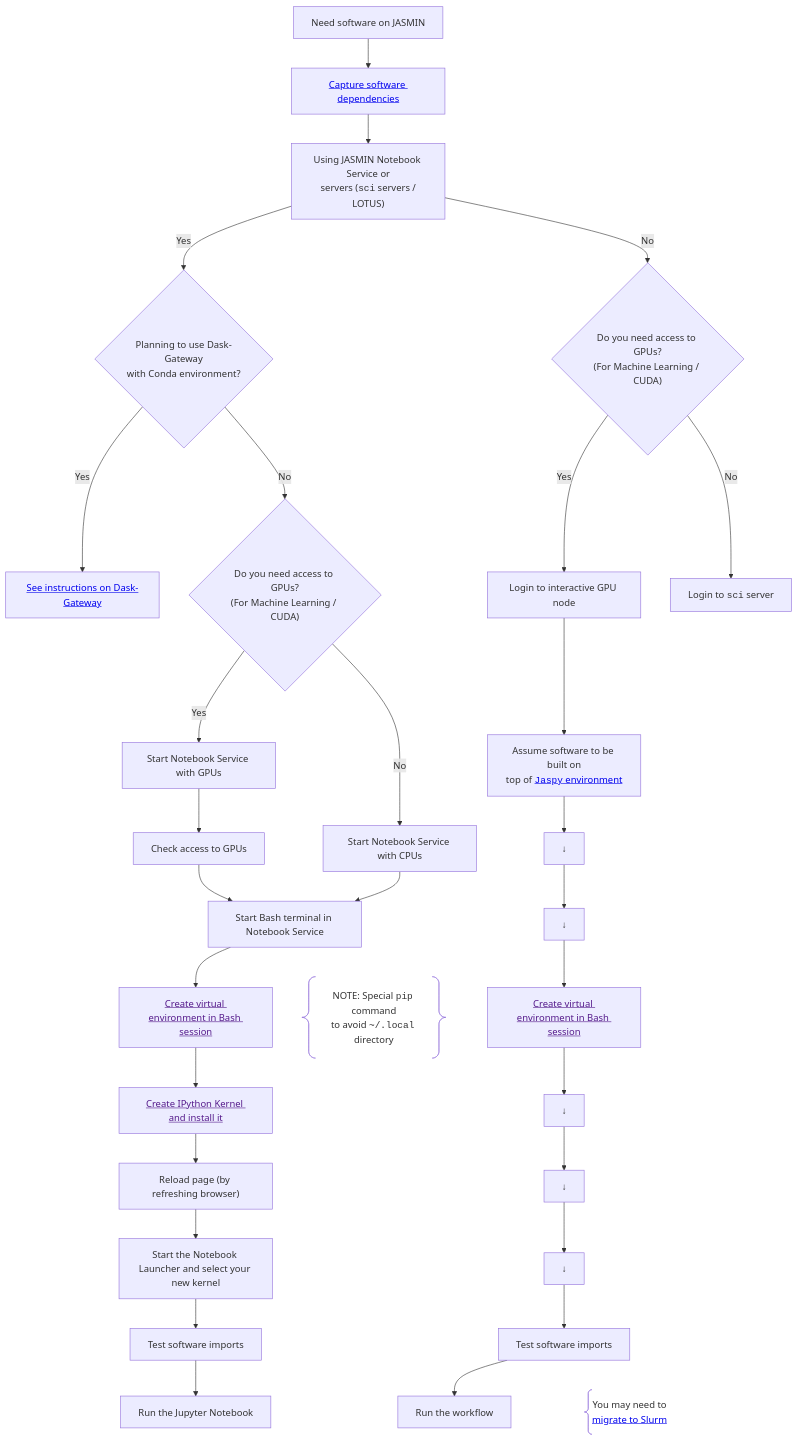
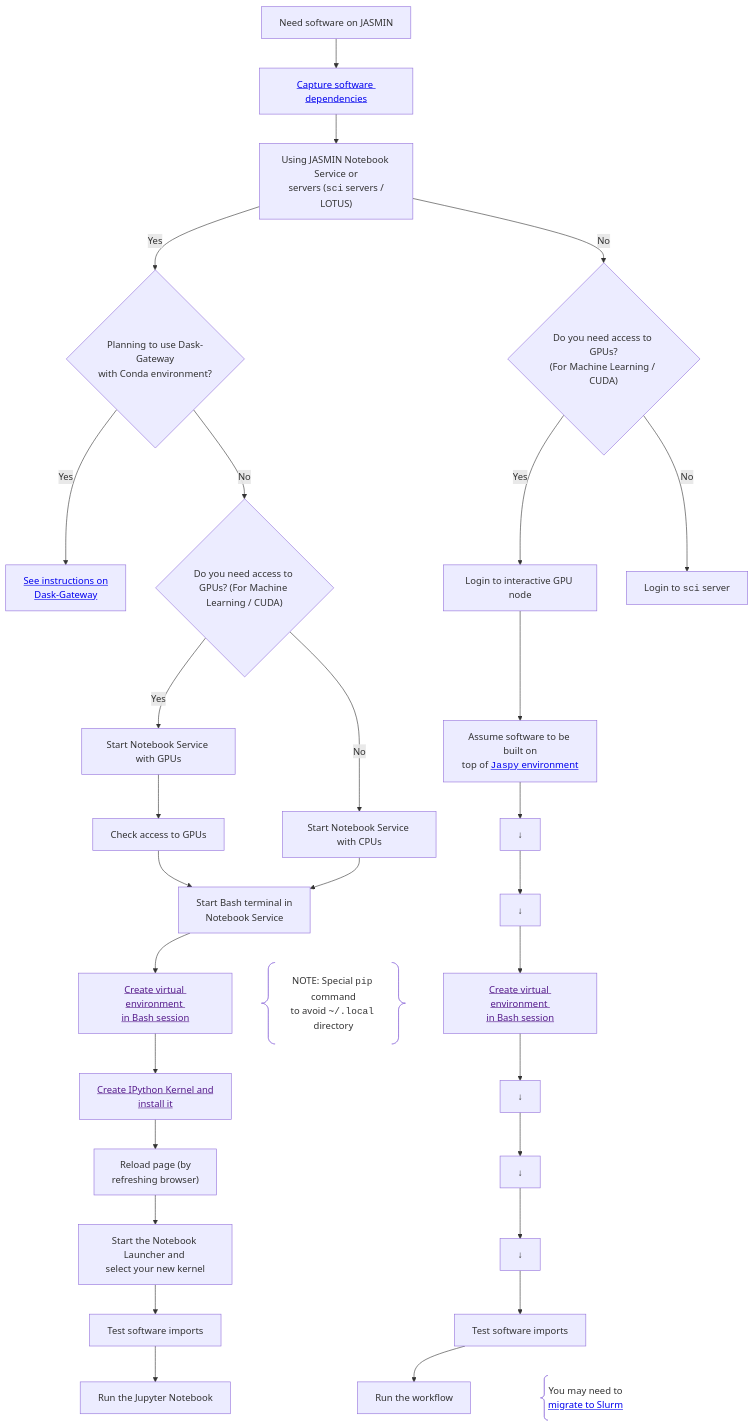
The second of 3 diagrams in README.md (agstephens/proto-jasmin-mermaid-docs), drawn with Mermaid before and after one commit.

Commit message:
Improve formatting in README.md for clarity

````diff
--- a/README.md
+++ b/README.md
@@ -105,52 +105,52 @@
 ```mermaid
 ---
   theme: 'default'
   themeVariables:
     fontSize: 9pt
 ---
 flowchart TD
     NEED[Need software on JASMIN] --> REQS
 
     REQS[<a href="https://github.com/agstephens/proto-jasmin-mermaid-docs/blob/main/README.md#managing-your-dependencies-using-a-requirements-file">Capture software dependencies</a>]
 
-    REQS --> JNS[Using JASMIN Notebook Service or<br/> servers #40;<code>sci</code> servers / LOTUS#41;]
+    REQS --> JNS[Using JASMIN Notebook <br/>Service or<br/> servers #40;<code>sci</code> servers / LOTUS#41;]
 
     JNS -->|Yes| DASK{Planning to use Dask-Gateway<br/>with Conda environment?}
 
-    USE_DASK[<a href="https://github.com/agstephens/proto-jasmin-mermaid-docs/blob/main/README.md#using-dask-gateway">See instructions on Dask-Gateway</a>]
+    USE_DASK[<a href="https://github.com/agstephens/proto-jasmin-mermaid-docs/blob/main/README.md#using-dask-gateway">See instructions on <br/>Dask-Gateway</a>]
     DASK -->|Yes| USE_DASK
-    DASK -->|No| GPU_JNS{Do you need access to GPUs?<br/>#40;For Machine Learning / CUDA#41;}
+    DASK -->|No| GPU_JNS{Do you need access to <br/>GPUs? #40;For Machine Learning / CUDA#41;}
 
     GPU_JNS -->|Yes| START_JNS_GPU[Start Notebook Service with GPUs]
     GPU_JNS -->|No| START_JNS_CPU[Start Notebook Service with CPUs]
 
     START_JNS_GPU --> CHECK_GPU[Check access to GPUs]
 
-    JNS_BASH[Start Bash terminal in Notebook Service]
+    JNS_BASH[Start Bash terminal in <br/>Notebook Service]
 
     CHECK_GPU --> JNS_BASH    
     START_JNS_CPU --> JNS_BASH
 
-    JNS_BASH --> VENV_JNS[<a href="">Create virtual environment in Bash session</a>]
-    VENV_JNS --> KERNEL[<a href="">Create IPython Kernel and install it</a>]
-    KERNEL --> RELOAD[Reload page #40;by refreshing browser#41;]
+    JNS_BASH --> VENV_JNS[<a href="">Create virtual environment <br/>in Bash session</a>]
+    VENV_JNS --> KERNEL[<a href="">Create IPython Kernel and <br/>install it</a>]
+    KERNEL --> RELOAD[Reload page #40;by <br/>refreshing browser#41;]
 
-    RELOAD --> LAUNCH_NB[Start the Notebook Launcher and select your new kernel]
+    RELOAD --> LAUNCH_NB[Start the Notebook Launcher and <br/>select your new kernel]
     LAUNCH_NB --> TEST_IMP_JNS[Test software imports]
 
     TEST_IMP_JNS --> RUN_NB[Run the Jupyter Notebook]
 
     JNS -->|No| GPU_SCI{Do you need access to GPUs?<br/>#40;For Machine Learning / CUDA#41;}
     GPU_SCI -->|Yes| LOGIN_GPU[Login to interactive GPU node]
     GPU_SCI -->|No| LOGIN_CPU[Login to <code>sci</code> server]
 
     LOGIN_GPU --> JASPY_BASE[Assume software to be built on<br/>top of <a href="https://help.jasmin.ac.uk/docs/software-on-jasmin/jaspy-envs/"><code>Jaspy</code> environment<a/>]
-    JASPY_BASE --> _1[#darr;] --> _2[#darr;] --> VENV_SCI[<a href="">Create virtual environment in Bash session</a>]
+    JASPY_BASE --> _1[#darr;] --> _2[#darr;] --> VENV_SCI[<a href="">Create virtual environment <br/>in Bash session</a>]
 
     VENV_SCI --> _3[#darr;] --> _4[#darr;] --> _5[#darr;] --> TEST_IMP_SCI[Test software imports]
     TEST_IMP_SCI --> RUN_SCI[Run the workflow]
 
     JNS_BASH ~~~ C1@{ shape: braces, label: "NOTE: Special <code>pip</code> command<br/>to avoid <code>~/.local</code> directory" }
     TEST_IMP_SCI ~~~ C2@{ shape: brace-l, label: "You may need to<br/><a href="https://github.com/agstephens/proto-jasmin-mermaid-docs/blob/main/README.md#workflow-migration">migrate to Slurm</a>"}
 
 ```
````
